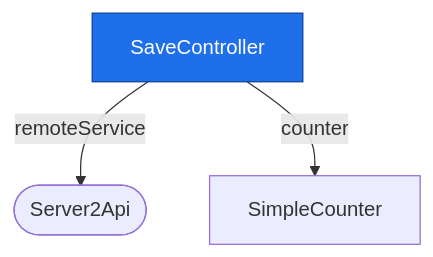
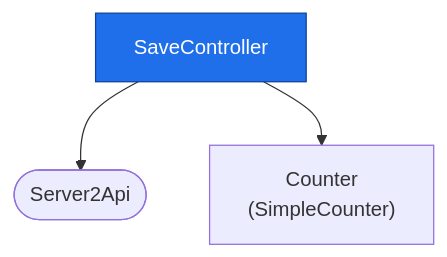
One commit to deanhiller/webpieces-ts changed the second of 2 diagrams in apps/app-example/client-server/design.md. Above: the diagram before and after it, drawn with Mermaid. The commit also changed other lines of this file and 31 other files, not shown here.

````diff
--- a/apps/app-example/client-server/design.md
+++ b/apps/app-example/client-server/design.md
@@ -23,11 +24,12 @@
 ```mermaid
 graph TD
     SaveController["SaveController"]:::controller
     Server2Api(["Server2Api"])
-    SimpleCounter["SimpleCounter"]
-    SaveController -->|remoteService| Server2Api
-    SaveController -->|counter| SimpleCounter
+    SimpleCounter["Counter<br/>(SimpleCounter)"]
+    SaveController --> Server2Api
+    SaveController --> SimpleCounter
     classDef controller fill:#1f6feb,color:#ffffff,stroke:#0d419d
+    classDef apiImpl fill:#0d9488,color:#ffffff,stroke:#0f766e
     classDef component fill:#2da44e,color:#ffffff,stroke:#1a7f37
     classDef unresolved fill:#f0ad4e,color:#000000,stroke:#b8860b,stroke-dasharray: 5 5
 ```
````
